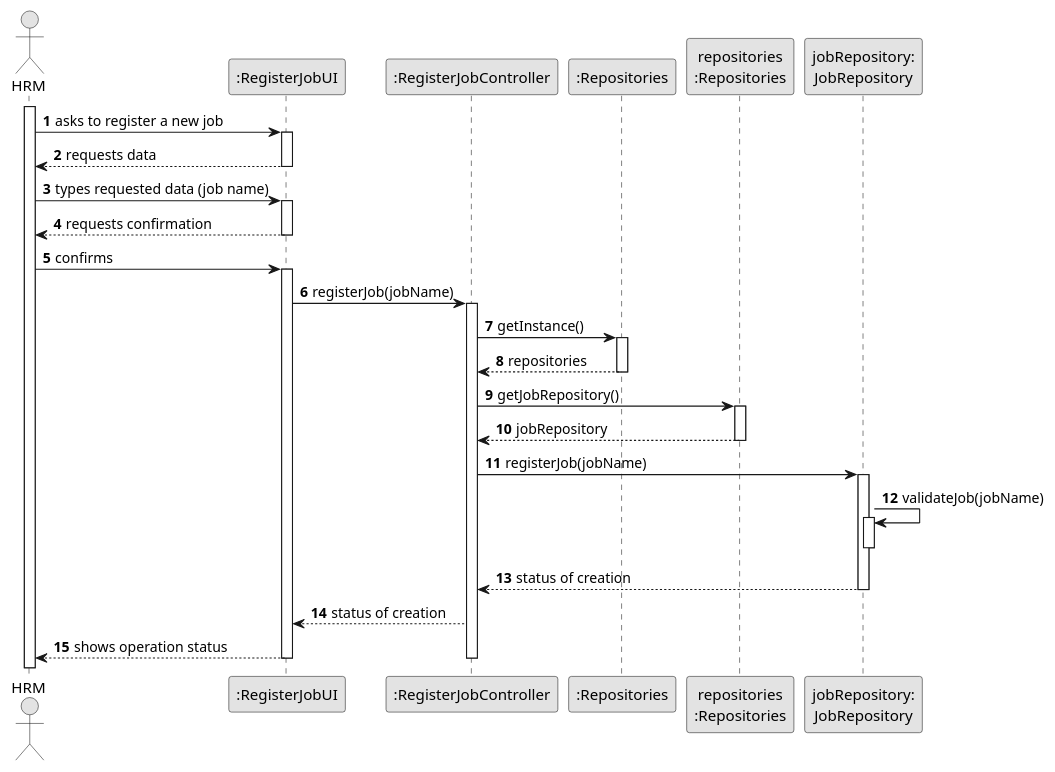
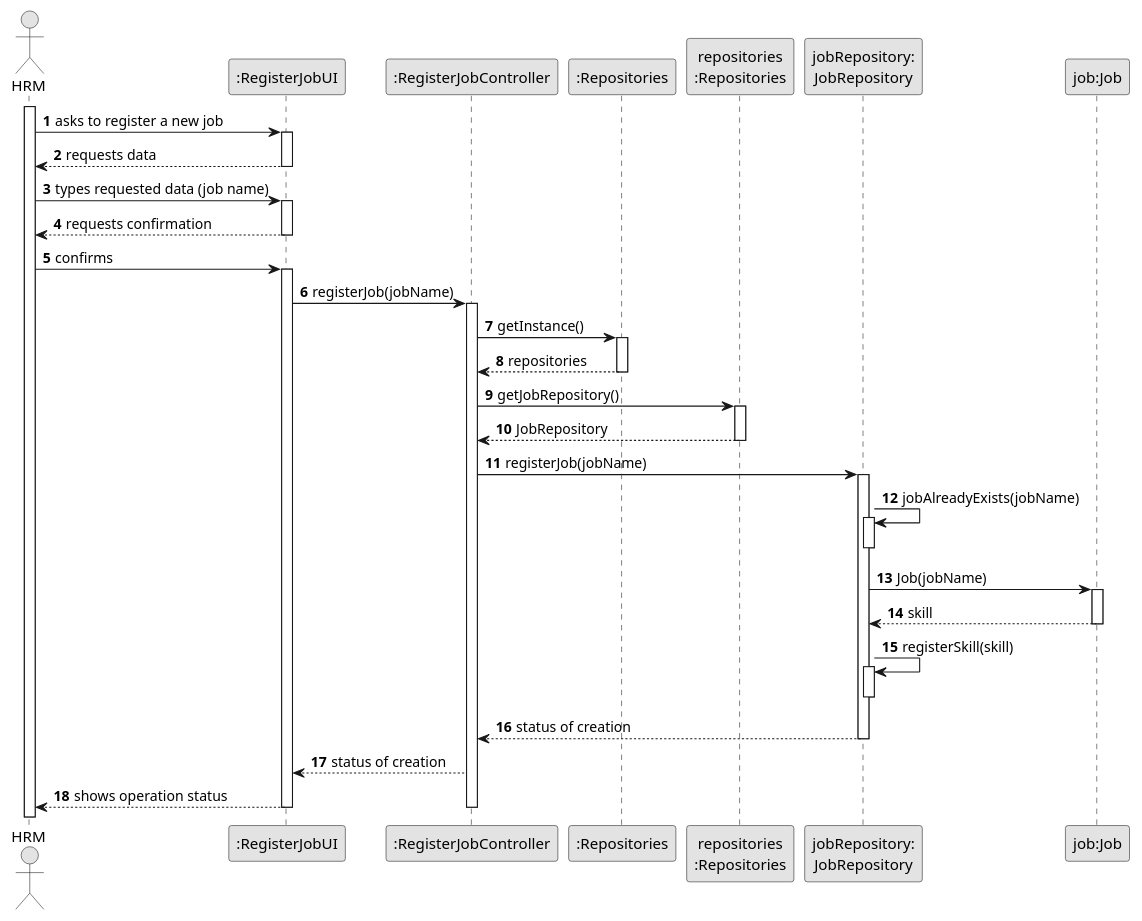
The diagram in docs/sprintB/us002/03.design/puml/us002-sequence-diagram-full.puml (Departamento-de-Engenharia-Informatica/lei-24-s2-1do-g164), drawn with PlantUML before and after one commit. The commit also changed 8 other files, not shown here.

```diff
--- a/docs/sprintB/us002/03.design/puml/us002-sequence-diagram-full.puml
+++ b/docs/sprintB/us002/03.design/puml/us002-sequence-diagram-full.puml
@@ -1,71 +1,80 @@
 @startuml
 skinparam monochrome true
 skinparam packageStyle rectangle
 skinparam shadowing false
 
 autonumber
 
 'hide footbox
 actor " HRM" as ADM
 participant ":RegisterJobUI" as UI
 participant ":RegisterJobController" as CTRL
 participant ":Repositories" as RepositorySingleton
 participant "repositories\n:Repositories" as PLAT
 participant "jobRepository:\nJobRepository" as JobRepository
+participant "job:Job" as job
 
 activate ADM
 
         ADM -> UI : asks to register a new job
 
         activate UI
 
 '            UI --> ADM : requests data (reference, description,  informal \n description, technical description, duration, cost)
             'create CTRL
 
 
             UI --> ADM : requests data
         deactivate UI
 
     ADM -> UI : types requested data (job name)
     activate UI
 
         UI --> ADM : requests confirmation
     deactivate UI
 
     ADM -> UI : confirms
     activate UI
 
         UI -> CTRL : registerJob(jobName)
         activate CTRL
 
 
                 CTRL -> RepositorySingleton : getInstance()
                 activate RepositorySingleton
 
                     RepositorySingleton --> CTRL: repositories
                 deactivate RepositorySingleton
 
                 CTRL -> PLAT : getJobRepository()
                 activate PLAT
 
-                    PLAT --> CTRL : jobRepository
+                    PLAT --> CTRL : JobRepository
                 deactivate PLAT
 
                 CTRL -> JobRepository : registerJob(jobName)
                 activate JobRepository
 
-                JobRepository -> JobRepository : validateJob(jobName)
-                activate JobRepository
-                deactivate JobRepository
+
+                        JobRepository -> JobRepository : jobAlreadyExists(jobName)
+                        activate JobRepository
+                        deactivate JobRepository
+                        "JobRepository" -> job : Job(jobName)
+                        activate job
+                        "JobRepository" <-- job : skill
+                        deactivate job
+                        JobRepository -> JobRepository : registerSkill(skill)
+                        activate JobRepository
+                        deactivate JobRepository
 
 
                     JobRepository --> CTRL : status of creation
                 deactivate JobRepository
                     CTRL --> UI : status of creation
                     UI --> ADM : shows operation status
                     deactivate UI
             deactivate CTRL
 
 
 
 @enduml
```
